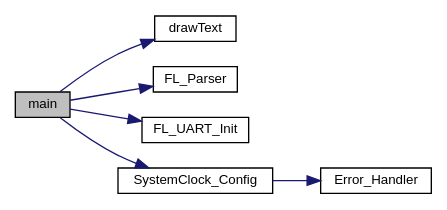
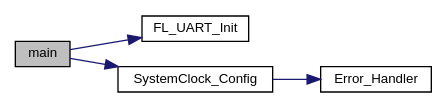
Before and after one commit to Tjerk258/vesofton_otd: the diagram in main_8c_a840291bc02cba5474a4cb46a9b9566fe_cgraph.dot, drawn with Graphviz. The commit also changed 74 other files, not shown here.

```diff
--- a/main_8c_a840291bc02cba5474a4cb46a9b9566fe_cgraph.dot
+++ b/main_8c_a840291bc02cba5474a4cb46a9b9566fe_cgraph.dot
@@ -1,19 +1,15 @@
 digraph "main"
 {
  // INTERACTIVE_SVG=YES
  // LATEX_PDF_SIZE
   edge [fontname="Helvetica",fontsize="10",labelfontname="Helvetica",labelfontsize="10"];
   node [fontname="Helvetica",fontsize="10",shape=record];
   rankdir="LR";
   Node1 [label="main",height=0.2,width=0.4,color="black", fillcolor="grey75", style="filled", fontcolor="black",tooltip="The application entry point."];
   Node1 -> Node2 [color="midnightblue",fontsize="10",style="solid",fontname="Helvetica"];
-  Node2 [label="drawText",height=0.2,width=0.4,color="black", fillcolor="white", style="filled",URL="$_a_p_i_8c.html#a304c05f31c0a48f4bb4a7f532946ae18",tooltip="Draw text function, this function prints the text on the screen."];
+  Node2 [label="FL_UART_Init",height=0.2,width=0.4,color="black", fillcolor="white", style="filled",URL="$front__layer_8c.html#a6206b4e1a93bff0ae434d4808e3c2637",tooltip="Function for initialisatie of the UART."];
   Node1 -> Node3 [color="midnightblue",fontsize="10",style="solid",fontname="Helvetica"];
-  Node3 [label="FL_Parser",height=0.2,width=0.4,color="black", fillcolor="white", style="filled",URL="$front__layer_8c.html#a3453d42c4849d5305ce47584eee502ce",tooltip="Function to check if the UART buffer is filled."];
-  Node1 -> Node4 [color="midnightblue",fontsize="10",style="solid",fontname="Helvetica"];
-  Node4 [label="FL_UART_Init",height=0.2,width=0.4,color="black", fillcolor="white", style="filled",URL="$front__layer_8c.html#a6206b4e1a93bff0ae434d4808e3c2637",tooltip="Function for initialisatie of the UART."];
-  Node1 -> Node5 [color="midnightblue",fontsize="10",style="solid",fontname="Helvetica"];
-  Node5 [label="SystemClock_Config",height=0.2,width=0.4,color="black", fillcolor="white", style="filled",URL="$main_8c.html#a70af21c671abfcc773614a9a4f63d920",tooltip="System Clock Configuration."];
-  Node5 -> Node6 [color="midnightblue",fontsize="10",style="solid",fontname="Helvetica"];
-  Node6 [label="Error_Handler",height=0.2,width=0.4,color="black", fillcolor="white", style="filled",URL="$main_8c.html#a1730ffe1e560465665eb47d9264826f9",tooltip="This function is executed in case of error occurrence."];
+  Node3 [label="SystemClock_Config",height=0.2,width=0.4,color="black", fillcolor="white", style="filled",URL="$main_8c.html#a70af21c671abfcc773614a9a4f63d920",tooltip="System Clock Configuration."];
+  Node3 -> Node4 [color="midnightblue",fontsize="10",style="solid",fontname="Helvetica"];
+  Node4 [label="Error_Handler",height=0.2,width=0.4,color="black", fillcolor="white", style="filled",URL="$main_8c.html#a1730ffe1e560465665eb47d9264826f9",tooltip="This function is executed in case of error occurrence."];
 }
```
